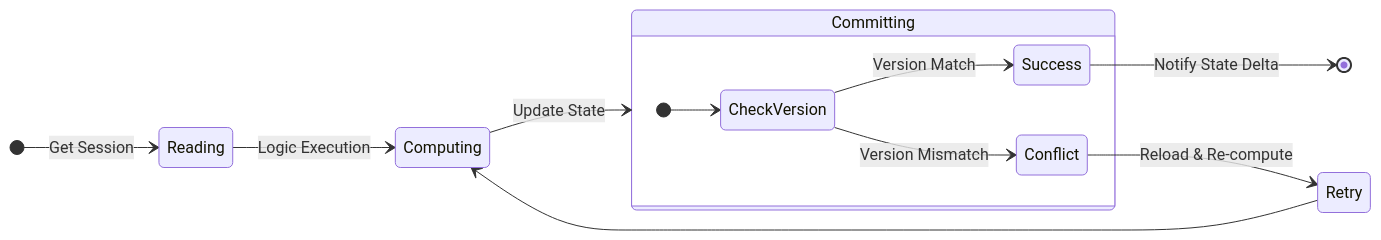
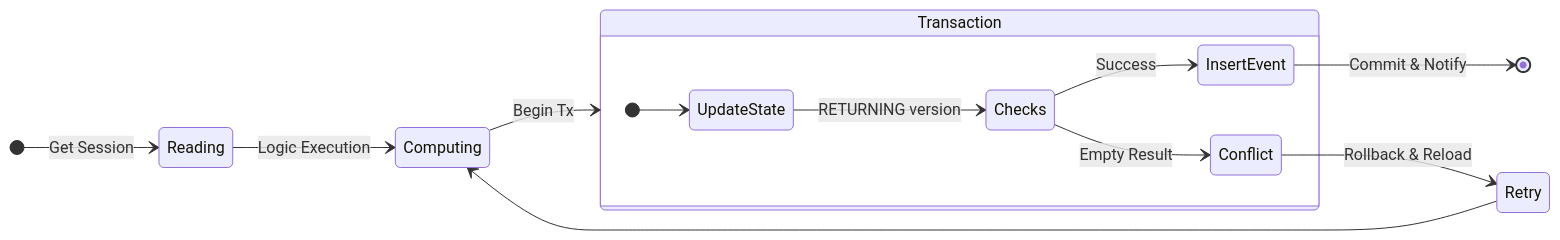
The seventh of 7 diagrams in docs/engine/010-the-pulse.md (ThreeFish-AI/agentic-ai-cognizes), drawn with Mermaid before and after one commit. The commit also changed other lines of this file, not shown here.

````diff
--- a/docs/engine/010-the-pulse.md
+++ b/docs/engine/010-the-pulse.md
@@ -538,17 +572,18 @@
 ```mermaid
 stateDiagram-v2
     direction LR
     [*] --> Reading: Get Session
     Reading --> Computing: Logic Execution
-    Computing --> Committing: Update State
+    Computing --> Transaction: Begin Tx
 
-    state Committing {
-        [*] --> CheckVersion
-        CheckVersion --> Success: Version Match
-        CheckVersion --> Conflict: Version Mismatch
+    state Transaction {
+        [*] --> UpdateState
+        UpdateState --> Checks: RETURNING version
+        Checks --> InsertEvent: Success
+        Checks --> Conflict: Empty Result
     }
 
-    Success --> [*]: Notify State Delta
-    Conflict --> Retry: Reload & Re-compute
+    InsertEvent --> [*]: Commit & Notify
+    Conflict --> Retry: Rollback & Reload
     Retry --> Computing
 ```
````
